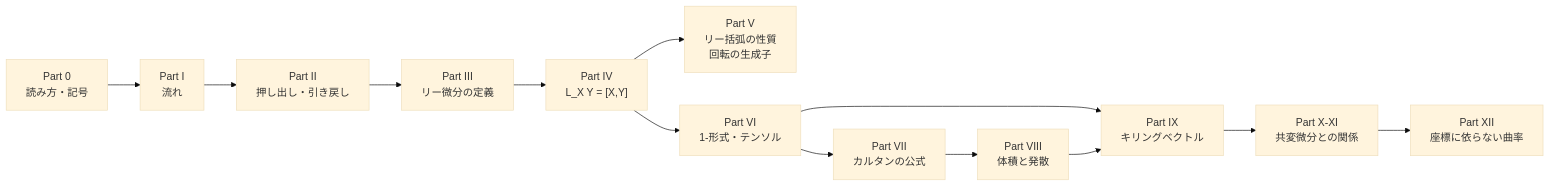
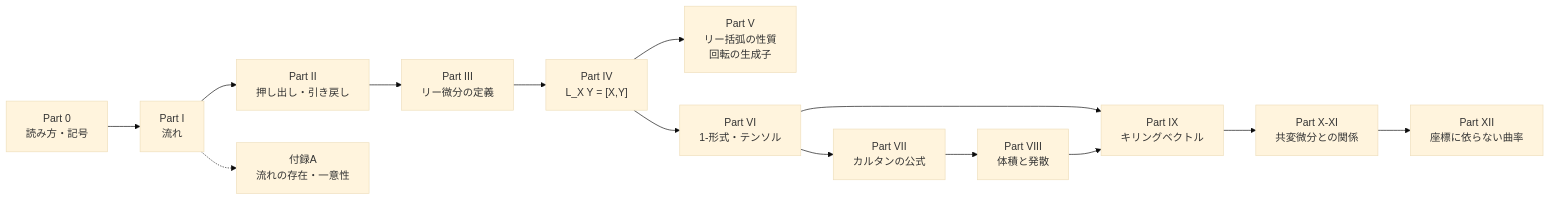
Before and after one commit to kazuma0606/quantum-study: the diagram in 研究ノート/02_微分幾何/lie_derivative.md, drawn with Mermaid (base theme). The commit also changed other lines of this file and 2 other files, not shown here.

First line of the commit message:
Add appendix A to the Lie derivative note: existence, uniqueness and smoothness of flows

````diff
--- a/研究ノート/02_微分幾何/lie_derivative.md
+++ b/研究ノート/02_微分幾何/lie_derivative.md
@@ -130,21 +142,23 @@
 ```mermaid
 flowchart LR
     P0["Part 0<br/>読み方・記号"]
     P1["Part I<br/>流れ"]
     P2["Part II<br/>押し出し・引き戻し"]
     P3["Part III<br/>リー微分の定義"]
     P4["Part IV<br/>L_X Y = [X,Y]"]
     P5["Part V<br/>リー括弧の性質<br/>回転の生成子"]
     P6["Part VI<br/>1-形式・テンソル"]
     P7["Part VII<br/>カルタンの公式"]
     P8["Part VIII<br/>体積と発散"]
     P9["Part IX<br/>キリングベクトル"]
     P10["Part X-XI<br/>共変微分との関係"]
     P12["Part XII<br/>座標に依らない曲率"]
 
     P0 --> P1 --> P2 --> P3 --> P4 --> P5
     P4 --> P6 --> P7 --> P8
     P6 --> P9
     P8 --> P9
     P9 --> P10 --> P12
+    A["付録A<br/>流れの存在・一意性"]
+    P1 -.-> A
 ```
````
